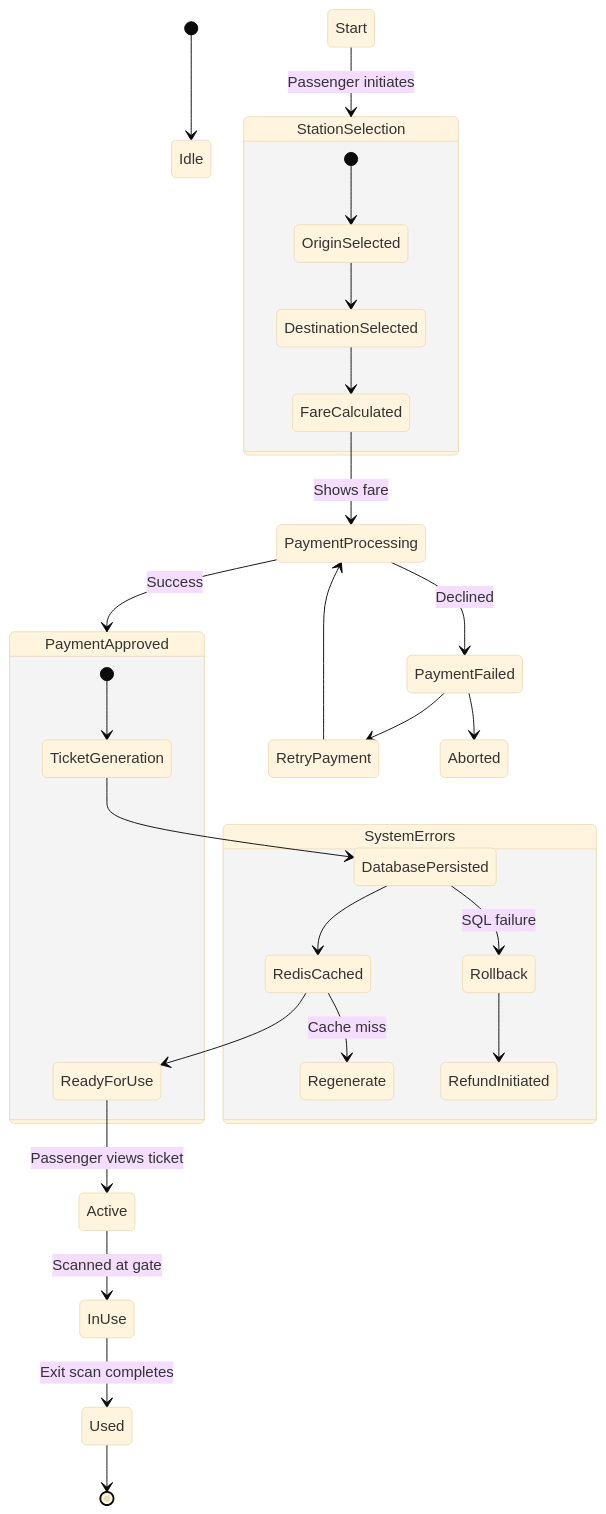
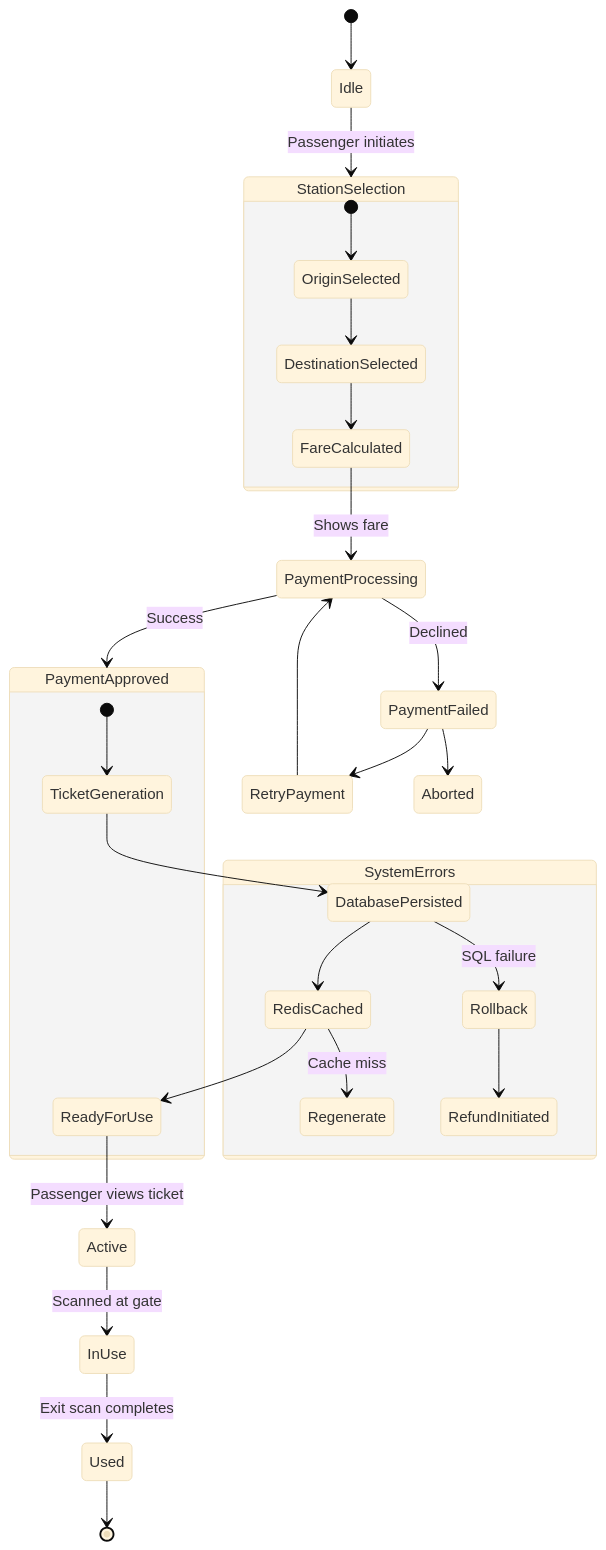
Before and after one commit to sujan-roy24/Demo-Practice: the first of 2 diagrams in docs/Installation-Guide.md, drawn with Mermaid (base theme). The commit also changed other lines of this file, not shown here.

````diff
--- a/docs/Installation-Guide.md
+++ b/docs/Installation-Guide.md
@@ -6,37 +6,37 @@
 ```mermaid
 stateDiagram-v2
     [*] --> Idle
-    Start --> StationSelection: Passenger initiates
+    Idle --> StationSelection: Passenger initiates
     
     state StationSelection {
         [*] --> OriginSelected
         OriginSelected --> DestinationSelected
         DestinationSelected --> FareCalculated
     }
     
     FareCalculated --> PaymentProcessing: Shows fare
     PaymentProcessing --> PaymentApproved: Success
     PaymentProcessing --> PaymentFailed: Declined
     
     state PaymentApproved {
         [*] --> TicketGeneration
         TicketGeneration --> DatabasePersisted
         DatabasePersisted --> RedisCached
         RedisCached --> ReadyForUse
     }
     ReadyForUse --> Active: Passenger views ticket
     Active --> InUse: Scanned at gate
     InUse --> Used: Exit scan completes
     Used --> [*]
 
     %% Error Handling
     PaymentFailed --> RetryPayment
     RetryPayment --> PaymentProcessing
     PaymentFailed --> Aborted
     
     state SystemErrors {
         DatabasePersisted --> Rollback: SQL failure
         RedisCached --> Regenerate: Cache miss
         Rollback --> RefundInitiated
     }
 ```
````
